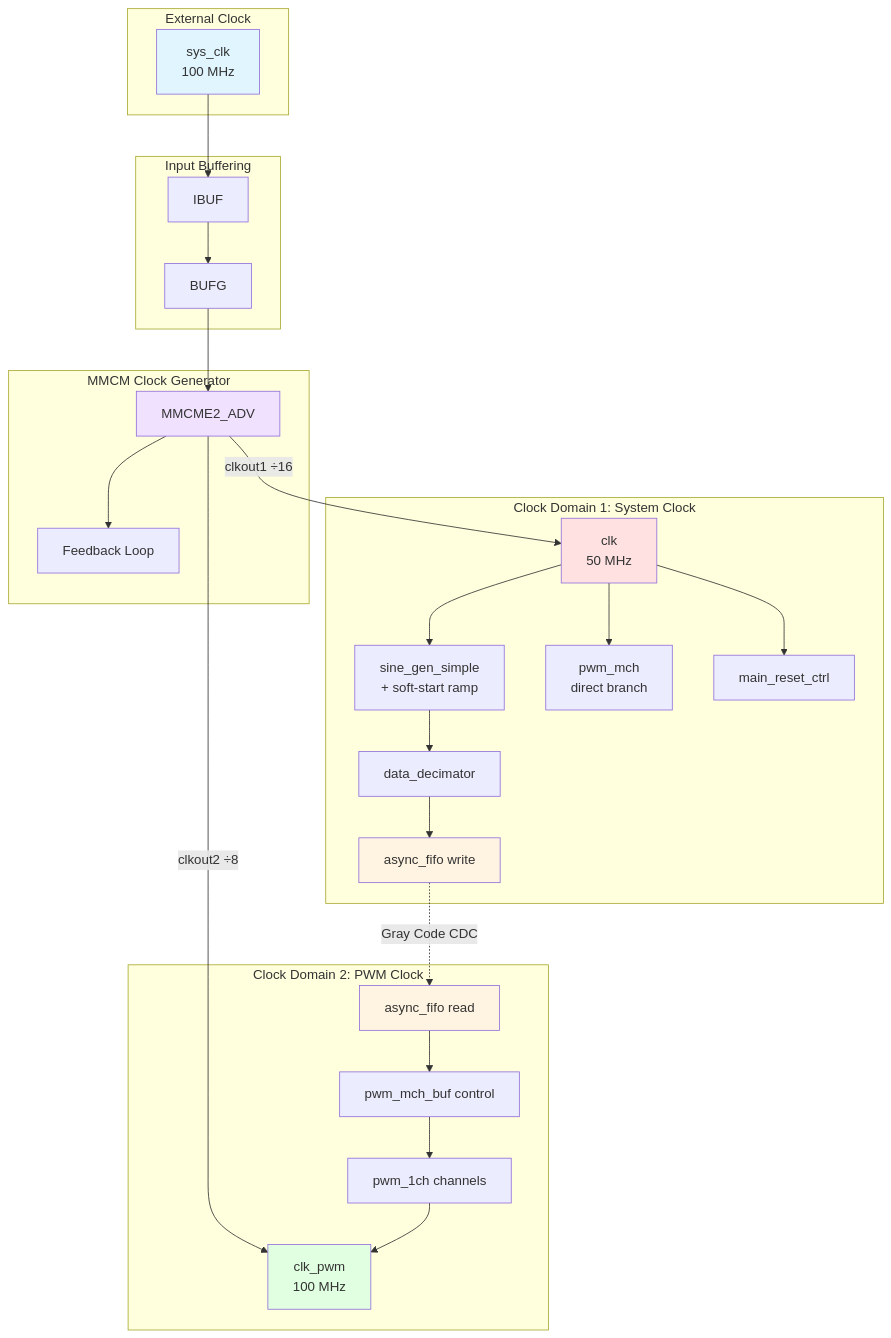
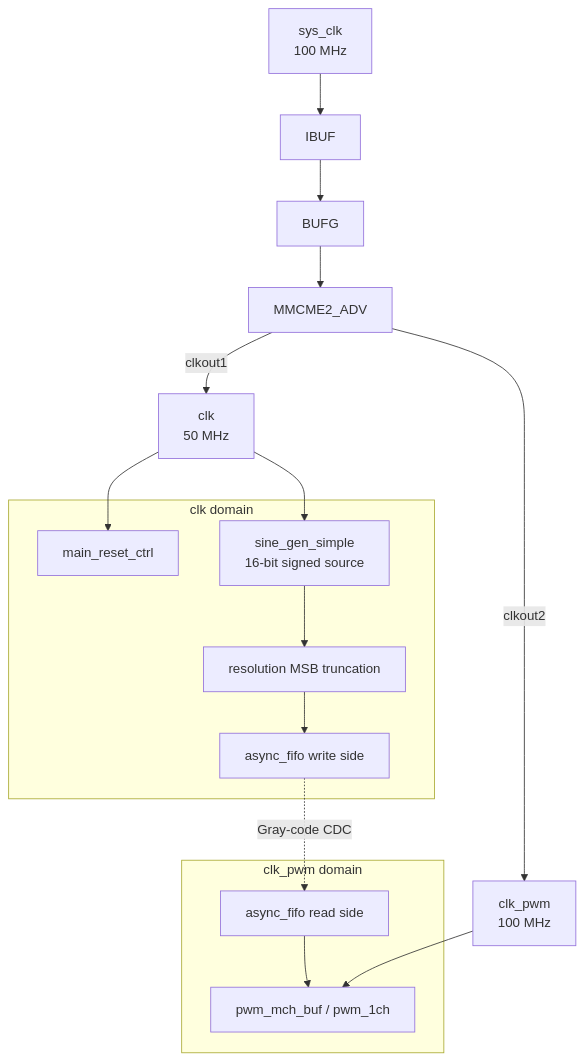
The diagram in docs/architecture/clock_domains.md (ekazakov1507/pwm_demo), drawn with Mermaid before and after one commit. The commit also changed other lines of this file and 13 other files, not shown here.

Commit message:
Add button-controlled PWM resolution switching

````diff
--- a/docs/architecture/clock_domains.md
+++ b/docs/architecture/clock_domains.md
@@ -9,55 +9,24 @@
 ```mermaid
 graph TB
-    subgraph "External Clock"
-        EXT_CLK[sys_clk<br/>100 MHz]
+    EXT_CLK[sys_clk<br/>100 MHz] --> IBUF[IBUF] --> BUFG[BUFG] --> MMCM[MMCME2_ADV]
+    MMCM -->|clkout1| CLK_SYS[clk<br/>50 MHz]
+    MMCM -->|clkout2| CLK_PWM[clk_pwm<br/>100 MHz]
+
+    subgraph CLKD["clk domain"]
+        CTRL[main_reset_ctrl]
+        SINE[sine_gen_simple<br/>16-bit signed source]
+        TRUNC[resolution MSB truncation]
+        FIFO_WR[async_fifo write side]
     end
 
-    subgraph "Input Buffering"
-        IBUF[IBUF]
-        BUFG[BUFG]
+    subgraph PWMD["clk_pwm domain"]
+        FIFO_RD[async_fifo read side]
+        PWM[pwm_mch_buf / pwm_1ch]
     end
 
-    subgraph "MMCM Clock Generator"
-        MMCM[MMCME2_ADV]
-        FB[Feedback Loop]
-    end
-
-    subgraph "Clock Domain 1: System Clock"
-        CLK_SYS[clk<br/>50 MHz]
-        SINE[sine_gen_simple<br/>+ soft-start ramp]
-        DIRECT[pwm_mch<br/>direct branch]
-        DEC[data_decimator]
-        FIFO_WR[async_fifo write]
-        RESET[main_reset_ctrl]
-    end
-
-    subgraph "Clock Domain 2: PWM Clock"
-        CLK_PWM[clk_pwm<br/>100 MHz]
-        FIFO_RD[async_fifo read]
-        PWM[pwm_mch_buf control]
-        PWM_CH[pwm_1ch channels]
-    end
-
-    EXT_CLK --> IBUF --> BUFG --> MMCM
-    MMCM --> FB
-    MMCM -->|clkout1 ÷16| CLK_SYS
-    MMCM -->|clkout2 ÷8| CLK_PWM
-
+    CLK_SYS --> CTRL
     CLK_SYS --> SINE
-    CLK_SYS --> DIRECT
-    CLK_SYS --> RESET
-    SINE --> DEC
-    DEC --> FIFO_WR
-
-    FIFO_WR -.->|Gray Code CDC| FIFO_RD
-    FIFO_RD --> PWM
-    PWM --> PWM_CH
-    PWM_CH --> CLK_PWM
-
-    style EXT_CLK fill:#e1f5ff
-    style CLK_SYS fill:#ffe1e1
-    style CLK_PWM fill:#e1ffe1
-    style MMCM fill:#f0e1ff
-    style FIFO_WR fill:#fff4e1
-    style FIFO_RD fill:#fff4e1
+    SINE --> TRUNC --> FIFO_WR
+    FIFO_WR -.->|Gray-code CDC| FIFO_RD --> PWM
+    CLK_PWM --> PWM
 ```
````
